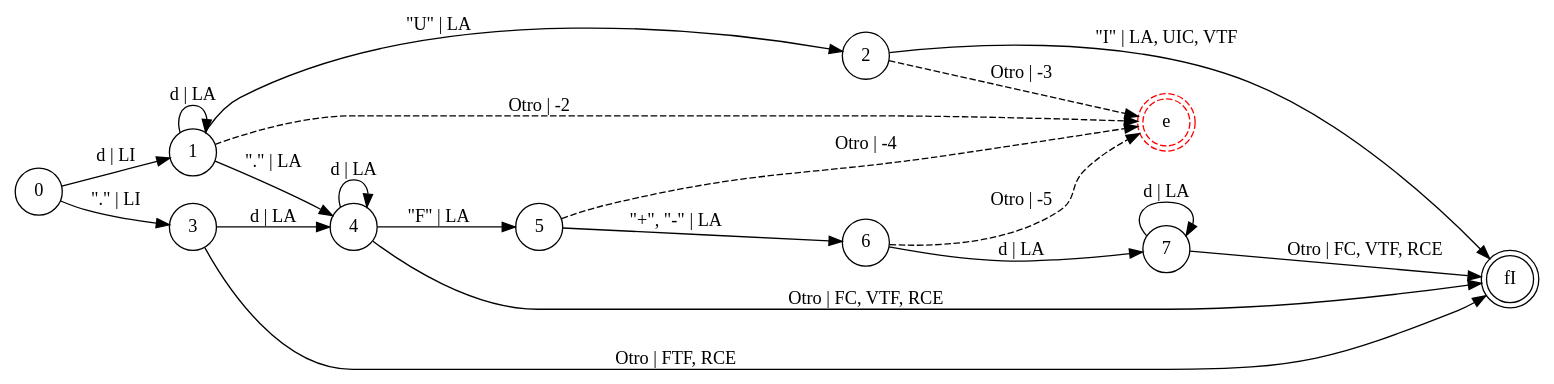
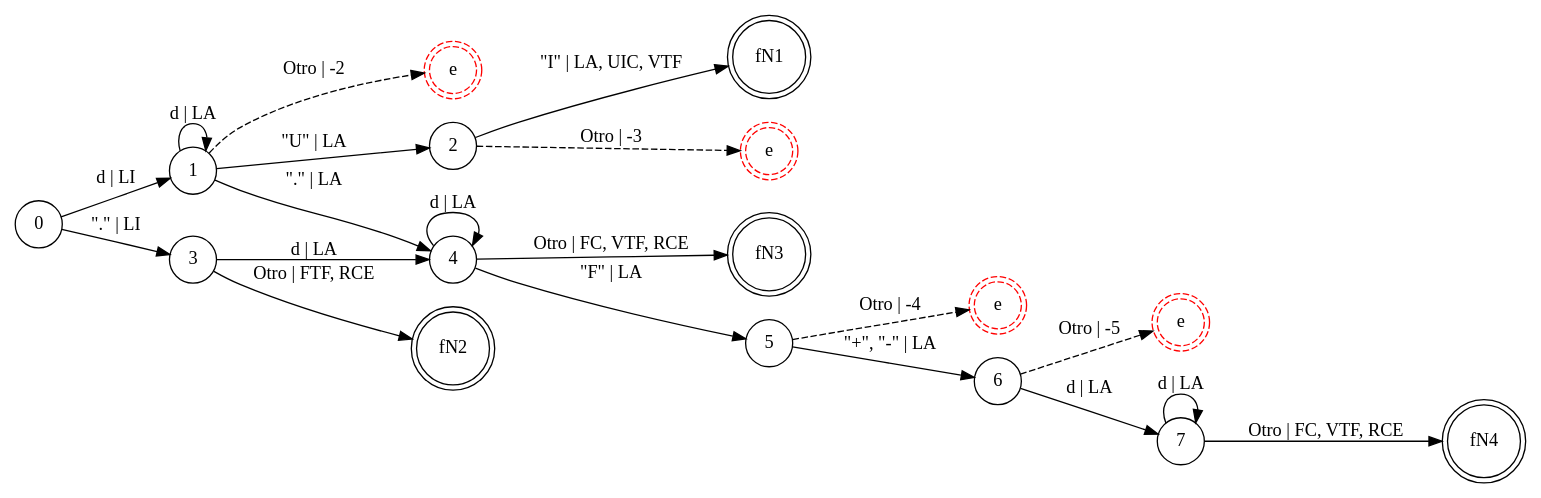
One commit to iroumec/RouVel-Compiler changed the diagram in resources/diagrams/finite-automatoms/individual-units/numbers.dot. Above: the diagram before and after it, drawn with Graphviz. The commit also changed 10 other files, not shown here.

```diff
--- a/resources/diagrams/finite-automatoms/individual-units/numbers.dot
+++ b/resources/diagrams/finite-automatoms/individual-units/numbers.dot
@@ -1,26 +1,32 @@
 digraph DFA {
     rankdir = LR;
     node [shape = circle;];
-    fI [shape = doublecircle;];
-    eN [shape = doublecircle;style = dashed;color = red;label = "e";];
+    fN1 [shape = doublecircle;];
+    fN2 [shape = doublecircle;];
+    fN3 [shape = doublecircle;];
+    fN4 [shape = doublecircle;];
+    eN1 [shape = doublecircle;style = dashed;color = red;label = "e";];
+    eN2 [shape = doublecircle;style = dashed;color = red;label = "e";];
+    eN3 [shape = doublecircle;style = dashed;color = red;label = "e";];
+    eN4 [shape = doublecircle;style = dashed;color = red;label = "e";];
     
     0 -> 1 [label = "d | LI";];
     0 -> 3 [label = "\".\" | LI";];
     1 -> 1 [label = "d | LA";];
     1 -> 2 [label = "\"U\" | LA";];
     1 -> 4 [label = "\".\" | LA";];
-    1 -> eN [label = "Otro | -2"; style = dashed;];
-    2 -> eN [label = "Otro | -3"; style = dashed;];
-    2 -> fI [label = "\"I\" | LA, UIC, VTF";];
+    1 -> eN1 [label = "Otro | -2"; style = dashed;];
+    2 -> eN2 [label = "Otro | -3"; style = dashed;];
+    2 -> fN1 [label = "\"I\" | LA, UIC, VTF";];
     3 -> 4 [label = "d | LA";];
-    3 -> fI [label = "Otro | FTF, RCE";];
+    3 -> fN2 [label = "Otro | FTF, RCE";];
     4 -> 4 [label = "d | LA";];
-    4 -> fI [label = "Otro | FC, VTF, RCE";];
+    4 -> fN3 [label = "Otro | FC, VTF, RCE";];
     4 -> 5 [label = "\"F\" | LA";];
     5 -> 6 [label = "\"+\", \"-\" | LA";];
-    5 -> eN [label = "Otro | -4"; style = dashed;];
+    5 -> eN3 [label = "Otro | -4"; style = dashed;];
     6 -> 7 [label = "d | LA";];
-    6 -> eN [label = "Otro | -5"; style = dashed;];
+    6 -> eN4 [label = "Otro | -5"; style = dashed;];
     7 -> 7 [label = "d | LA";];
-    7 -> fI [label = "Otro | FC, VTF, RCE";];
+    7 -> fN4 [label = "Otro | FC, VTF, RCE";];
 }
```
